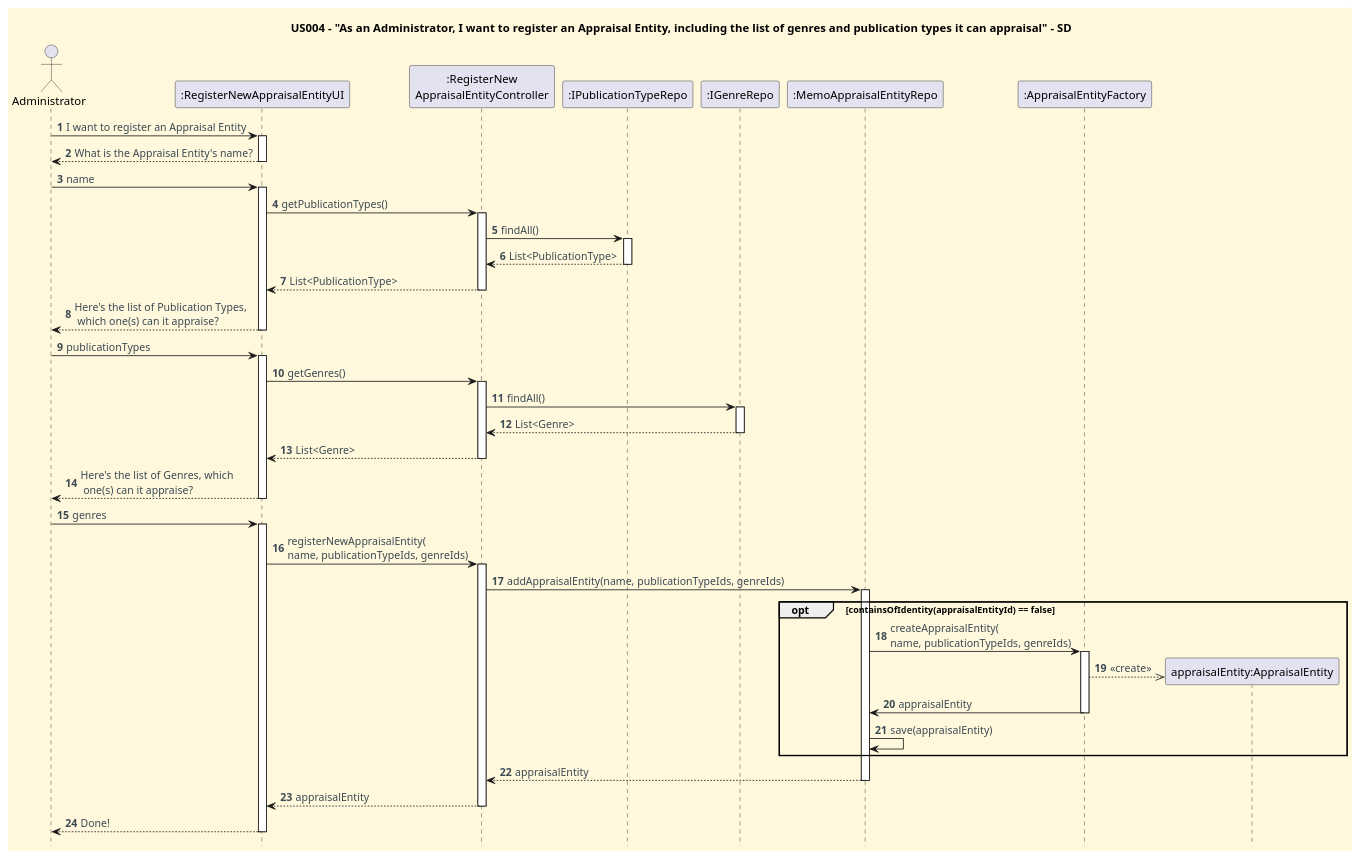
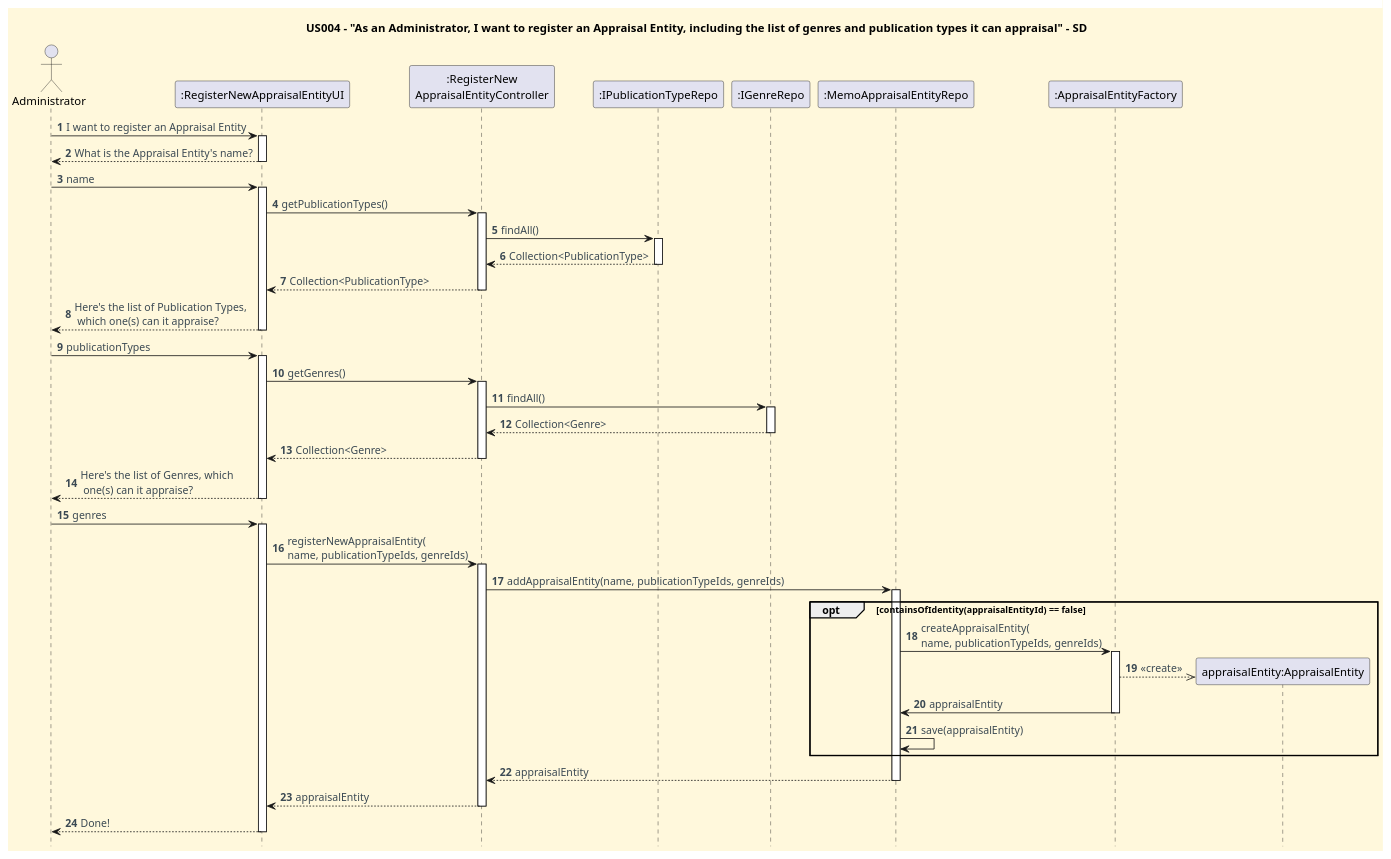
Before and after one commit to CarolinaLeite-collab/JavaMarketplacePlatform: the diagram in docs/user-stories/US004/US004_register_new_appraisal_entity_SD.puml, drawn with PlantUML.

Commit message:
docs: minor fix in sequence diagram for US004  - refs #521

```diff
--- a/docs/user-stories/US004/US004_register_new_appraisal_entity_SD.puml
+++ b/docs/user-stories/US004/US004_register_new_appraisal_entity_SD.puml
@@ -1,91 +1,91 @@
 @startuml
 '==== Title ====
 title US004 - "As an Administrator, I want to register an Appraisal Entity, including the list of genres and publication types it can appraisal" - SD
 
 
 '==== basic style ====
 skinparam monochrome false
 skinparam shadowing false
 skinparam defaultFontName Futura
 skinparam objectFontSize 20
 skinparam backgroundColor CornSilk
 skinparam objectBackgroundColor WhiteSmoke
 skinparam noteBackgroundColor #FFFFE0
 skinparam ArrowFontColor #3B4953
 skinparam ActivationBackgroundColor black
 hidefootbox
 autonumber
 
 
 ' ==== Actor and participants ====
 actor Administrator
 participant ":RegisterNewAppraisalEntityUI" as UI
 participant ":RegisterNew\nAppraisalEntityController" as CTL
 participant ":IPublicationTypeRepo" as PTR
 participant ":IGenreRepo" as grRepo
 participant ":MemoAppraisalEntityRepo" as aeRepo
 participant ":AppraisalEntityFactory" as Factory
 
 
 '==== UI interaction ====
 Administrator -> UI: I want to register an Appraisal Entity
 activate UI
 UI --> Administrator: What is the Appraisal Entity's name?
 deactivate UI
 Administrator -> UI: name
 activate UI
 
 '==== Use case execution ====
 UI -> CTL: getPublicationTypes()
 activate CTL
 CTL -> PTR: findAll()
 activate PTR
-PTR --> CTL: List<PublicationType>
+PTR --> CTL: Collection<PublicationType>
 deactivate PTR
-CTL --> UI: List<PublicationType>
+CTL --> UI: Collection<PublicationType>
 deactivate CTL
 
 UI --> Administrator: Here's the list of Publication Types, \n which one(s) can it appraise?
 deactivate UI
 
 Administrator -> UI: publicationTypes
 activate UI
 UI -> CTL: getGenres()
 activate CTL
 CTL -> grRepo: findAll()
 activate grRepo
-grRepo --> CTL: List<Genre>
+grRepo --> CTL: Collection<Genre>
 deactivate grRepo
-CTL --> UI: List<Genre>
+CTL --> UI: Collection<Genre>
 deactivate CTL
 
 UI --> Administrator: Here's the list of Genres, which \n one(s) can it appraise?
 deactivate UI
 
 Administrator -> UI: genres
 activate UI
 UI -> CTL: registerNewAppraisalEntity(\nname, publicationTypeIds, genreIds)
 activate CTL
 CTL -> aeRepo: addAppraisalEntity(name, publicationTypeIds, genreIds)
 activate aeRepo
 
 opt containsOfIdentity(appraisalEntityId) == false
         aeRepo -> Factory: createAppraisalEntity(\nname, publicationTypeIds, genreIds)
         create "appraisalEntity:AppraisalEntity"
         activate Factory
         Factory -->> "appraisalEntity:AppraisalEntity": <<create>>
         Factory -> aeRepo: appraisalEntity
         deactivate Factory
 
         aeRepo -> aeRepo : save(appraisalEntity)
 
     end
 
 aeRepo --> CTL: appraisalEntity
 deactivate aeRepo
 CTL --> UI: appraisalEntity
 deactivate CTL
 UI --> Administrator: Done!
 deactivate UI
 
 @enduml
```
